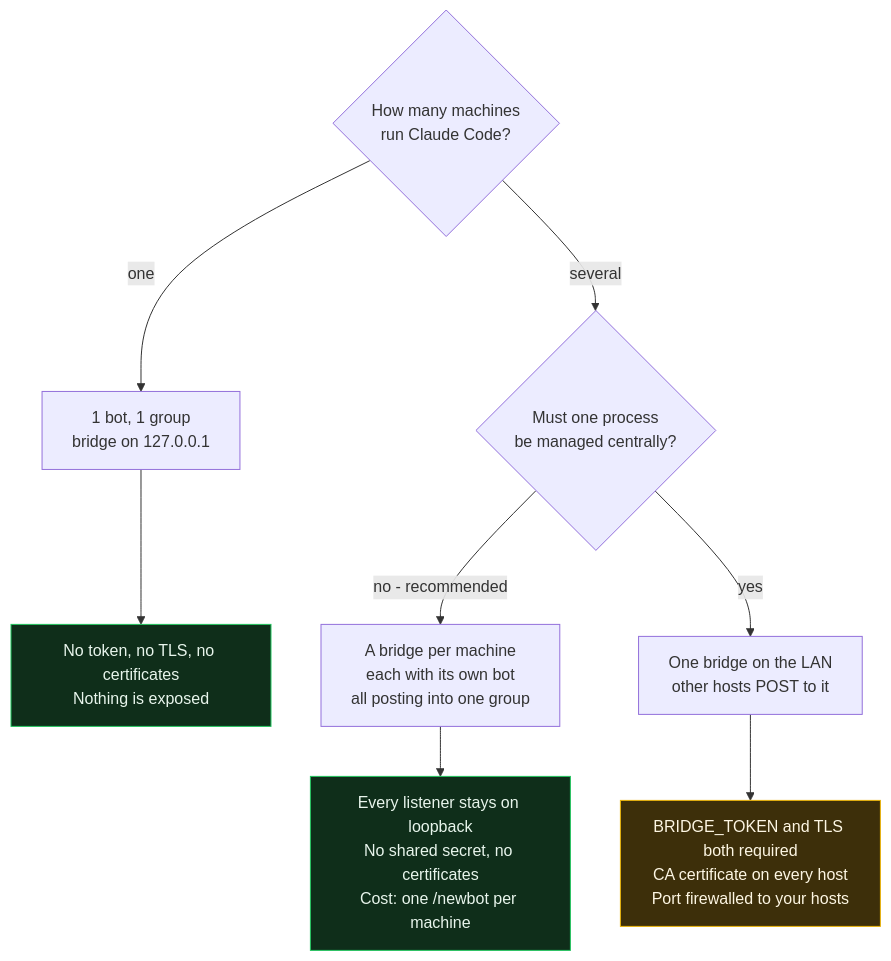
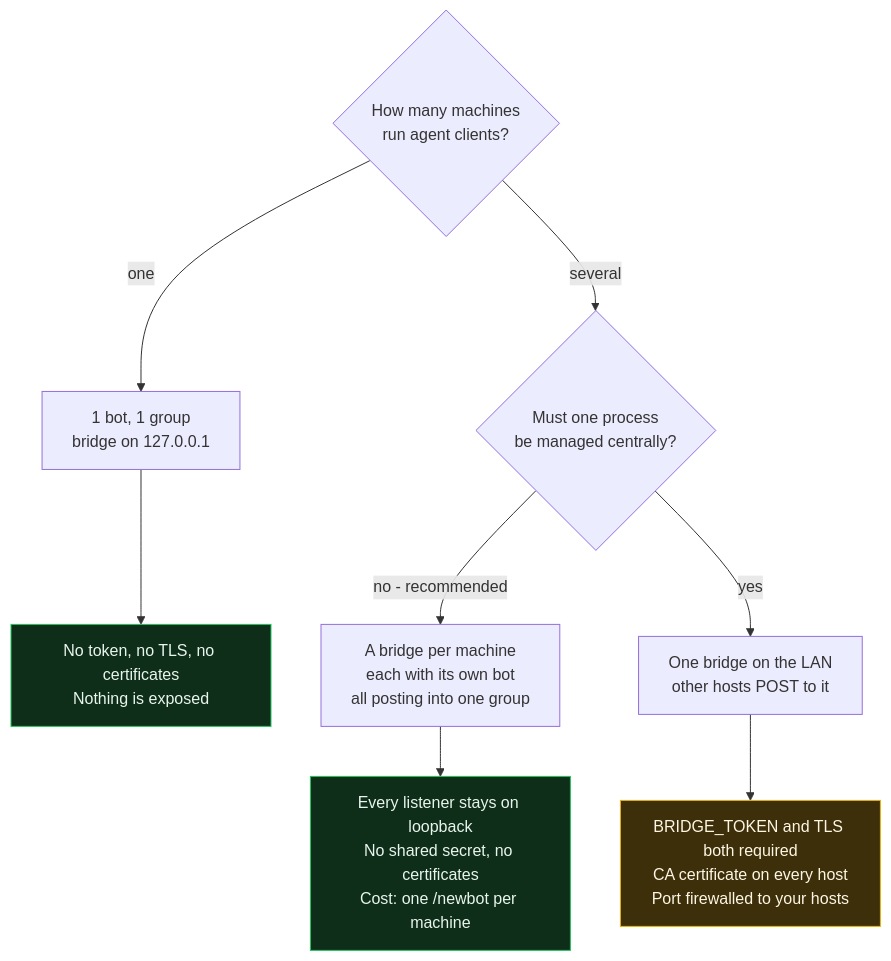
Before and after one commit to spazyCZ/bridge-for-agents: the diagram in USER-GUIDE.md, drawn with Mermaid. The commit also changed other lines of this file and 27 other files, not shown here.

````diff
--- a/USER-GUIDE.md
+++ b/USER-GUIDE.md
@@ -142,20 +141,20 @@
 ```mermaid
 flowchart TD
-    S{"How many machines<br/>run Claude Code?"}
+    S{"How many machines<br/>run agent clients?"}
 
     S -->|"one"| ONE["1 bot, 1 group<br/>bridge on 127.0.0.1"]
     ONE --> ONEOK["No token, no TLS, no certificates<br/>Nothing is exposed"]
 
     S -->|"several"| M{"Must one process<br/>be managed centrally?"}
 
     M -->|"no - recommended"| EACH["A bridge per machine<br/>each with its own bot<br/>all posting into one group"]
     EACH --> EACHOK["Every listener stays on loopback<br/>No shared secret, no certificates<br/>Cost: one /newbot per machine"]
 
     M -->|"yes"| SHARED["One bridge on the LAN<br/>other hosts POST to it"]
     SHARED --> SHAREDREQ["BRIDGE_TOKEN and TLS both required<br/>CA certificate on every host<br/>Port firewalled to your hosts"]
 
     classDef good fill:#0f2e1a,stroke:#22c55e,color:#e8f5ec
     classDef warn fill:#3d2f0a,stroke:#eab308,color:#fdf6e3
     class ONEOK,EACHOK good
     class SHAREDREQ warn
 ```
````
